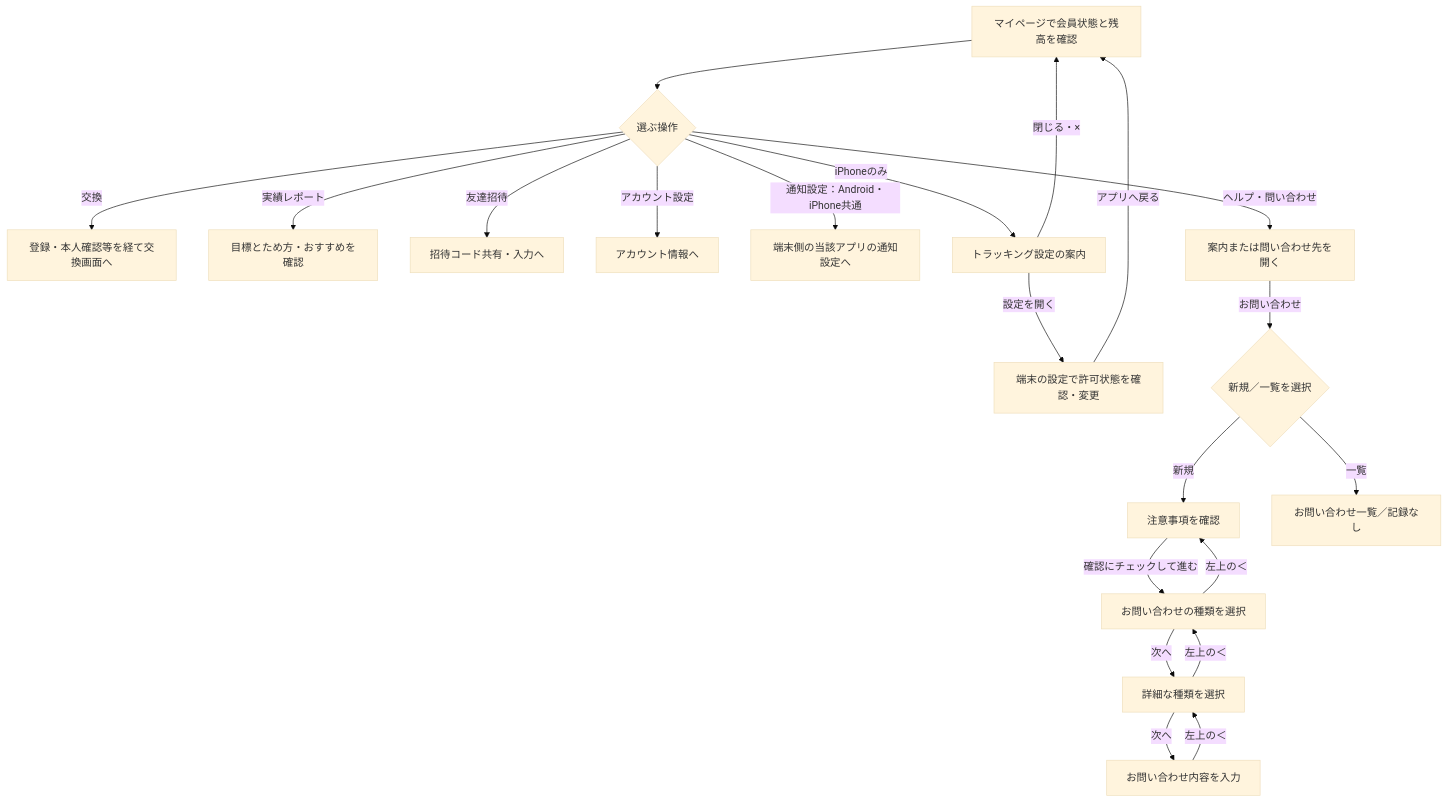
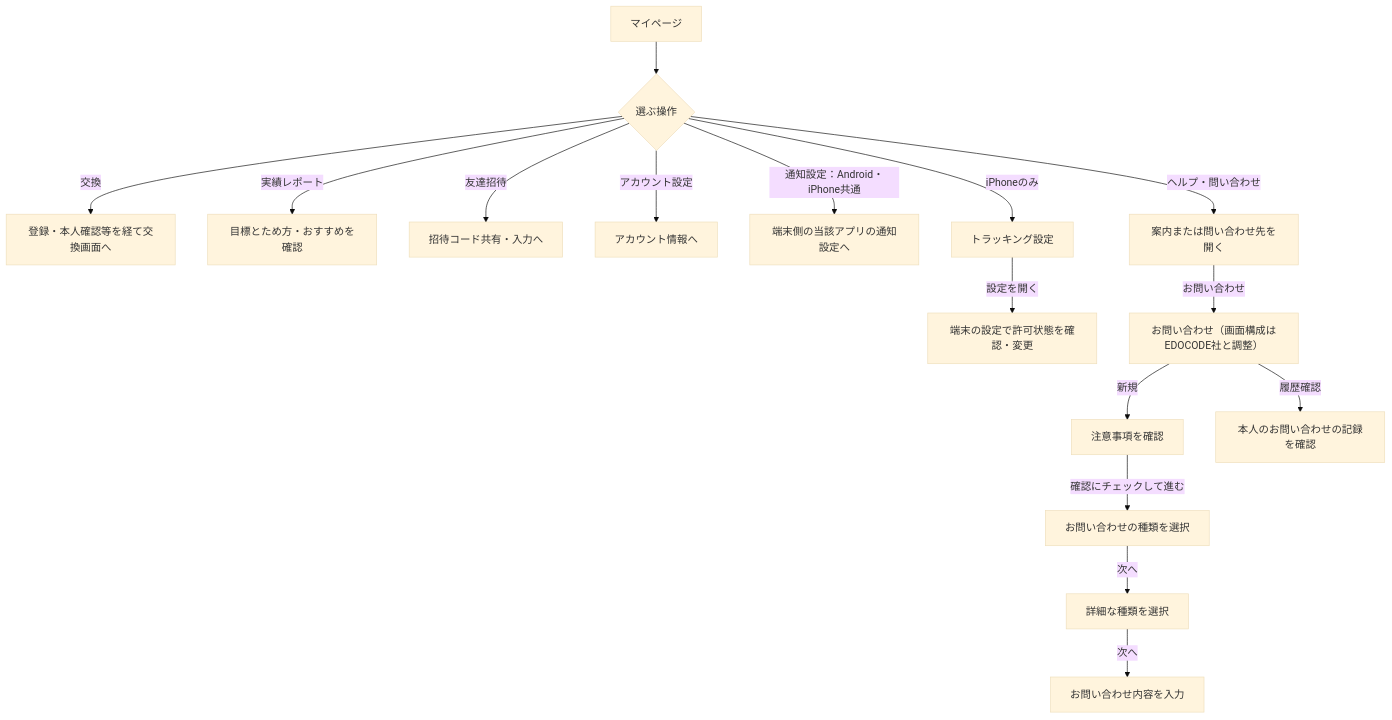
Before and after one commit to Min-Thu-Khant/pochipo-mock-en: the diagram in docs/prd/features/F18-mypage-support.md, drawn with Mermaid (base theme). The commit also changed other lines of this file, not shown here.

````diff
--- a/docs/prd/features/F18-mypage-support.md
+++ b/docs/prd/features/F18-mypage-support.md
@@ -49,23 +47,18 @@
 ```mermaid
 flowchart TD
-  A["マイページで会員状態と残高を確認"] --> B{"選ぶ操作"}
+  A["マイページ"] --> B{"選ぶ操作"}
   B -->|交換| C["登録・本人確認等を経て交換画面へ"]
   B -->|実績レポート| D["目標とため方・おすすめを確認"]
   B -->|友達招待| E["招待コード共有・入力へ"]
   B -->|アカウント設定| F["アカウント情報へ"]
   B -->|通知設定：Android・iPhone共通| P["端末側の当該アプリの通知設定へ"]
-  B -->|iPhoneのみ| H["トラッキング設定の案内"]
+  B -->|iPhoneのみ| H["トラッキング設定"]
   H -->|設定を開く| I["端末の設定で許可状態を確認・変更"]
-  H -->|閉じる・×| A
-  I -->|アプリへ戻る| A
   B -->|ヘルプ・問い合わせ| G["案内または問い合わせ先を開く"]
-  G -->|お問い合わせ| J{"新規／一覧を選択"}
+  G -->|お問い合わせ| J["お問い合わせ（画面構成はEDOCODE社と調整）"]
   J -->|新規| K["注意事項を確認"]
   K -->|確認にチェックして進む| L["お問い合わせの種類を選択"]
   L -->|次へ| N["詳細な種類を選択"]
   N -->|次へ| O["お問い合わせ内容を入力"]
-  O -->|左上の＜| N
-  N -->|左上の＜| L
-  L -->|左上の＜| K
-  J -->|一覧| M["お問い合わせ一覧／記録なし"]
+  J -->|履歴確認| M["本人のお問い合わせの記録を確認"]
 ```
````
